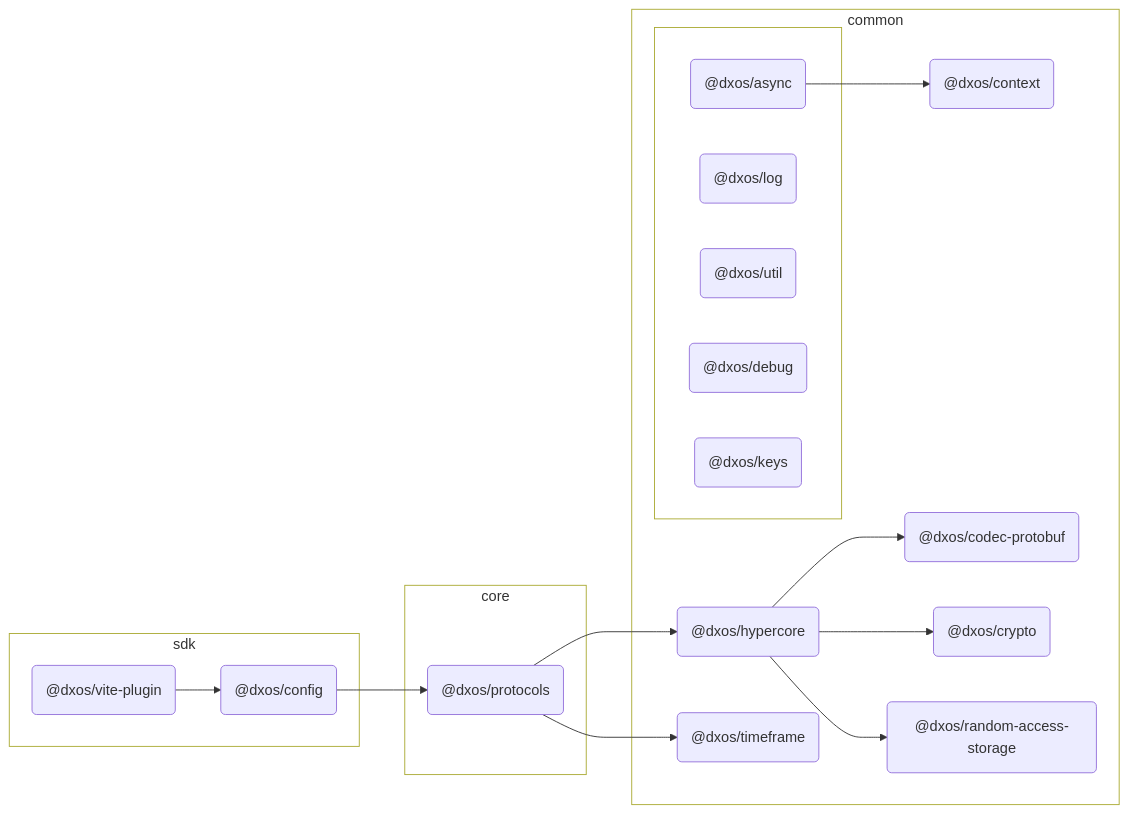
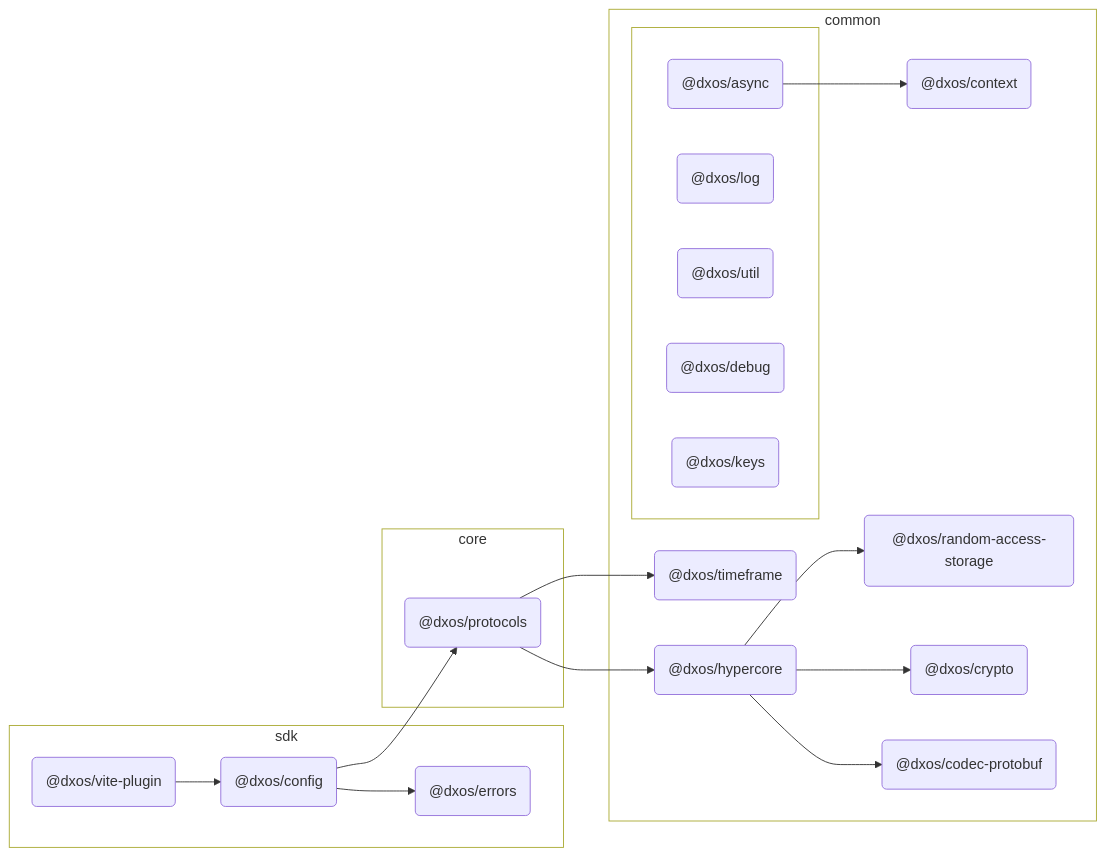
The diagram in packages/sdk/vite-plugin/docs/README.md (dxos/dxos), drawn with Mermaid before and after one commit. The commit also changed other lines of this file and 41 other files, not shown here.

````diff
--- a/packages/sdk/vite-plugin/docs/README.md
+++ b/packages/sdk/vite-plugin/docs/README.md
@@ -7,65 +7,68 @@
 ```mermaid
 %%{ init: {'flowchart':{'curve':'basis'}} }%%
 
 flowchart LR
 
 %% Classes
 
 
 
 %% Nodes
 
 subgraph sdk [sdk]
   style sdk fill:transparent
   dxos/vite-plugin("@dxos/vite-plugin"):::root
   click dxos/vite-plugin "dxos/dxos/tree/main/packages/sdk/vite-plugin/docs"
   dxos/config("@dxos/config"):::def
   click dxos/config "dxos/dxos/tree/main/packages/sdk/config/docs"
+  dxos/errors("@dxos/errors"):::def
+  click dxos/errors "dxos/dxos/tree/main/packages/sdk/errors/docs"
 end
 
 subgraph common [common]
   style common fill:transparent
   dxos/codec-protobuf("@dxos/codec-protobuf"):::def
   click dxos/codec-protobuf "dxos/dxos/tree/main/packages/common/codec-protobuf/docs"
   dxos/context("@dxos/context"):::def
   click dxos/context "dxos/dxos/tree/main/packages/common/context/docs"
   dxos/hypercore("@dxos/hypercore"):::def
   click dxos/hypercore "dxos/dxos/tree/main/packages/common/hypercore/docs"
   dxos/crypto("@dxos/crypto"):::def
   click dxos/crypto "dxos/dxos/tree/main/packages/common/crypto/docs"
   dxos/random-access-storage("@dxos/random-access-storage"):::def
   click dxos/random-access-storage "dxos/dxos/tree/main/packages/common/random-access-storage/docs"
   dxos/timeframe("@dxos/timeframe"):::def
   click dxos/timeframe "dxos/dxos/tree/main/packages/common/timeframe/docs"
 
   subgraph _ [ ]
     style _ fill:transparent
     dxos/async("@dxos/async"):::def
     click dxos/async "dxos/dxos/tree/main/packages/common/async/docs"
     dxos/log("@dxos/log"):::def
     click dxos/log "dxos/dxos/tree/main/packages/common/log/docs"
     dxos/util("@dxos/util"):::def
     click dxos/util "dxos/dxos/tree/main/packages/common/util/docs"
     dxos/debug("@dxos/debug"):::def
     click dxos/debug "dxos/dxos/tree/main/packages/common/debug/docs"
     dxos/keys("@dxos/keys"):::def
     click dxos/keys "dxos/dxos/tree/main/packages/common/keys/docs"
   end
 end
 
 subgraph core [core]
   style core fill:transparent
   dxos/protocols("@dxos/protocols"):::def
   click dxos/protocols "dxos/dxos/tree/main/packages/core/protocols/docs"
 end
 
 %% Links
 dxos/vite-plugin --> dxos/config
 dxos/async --> dxos/context
+dxos/config --> dxos/errors
 dxos/config --> dxos/protocols
 dxos/protocols --> dxos/hypercore
 dxos/hypercore --> dxos/codec-protobuf
 dxos/hypercore --> dxos/crypto
 dxos/hypercore --> dxos/random-access-storage
 dxos/protocols --> dxos/timeframe
 ```
````
